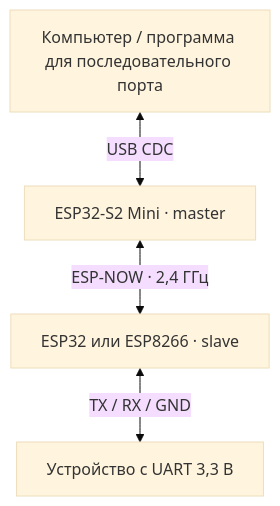
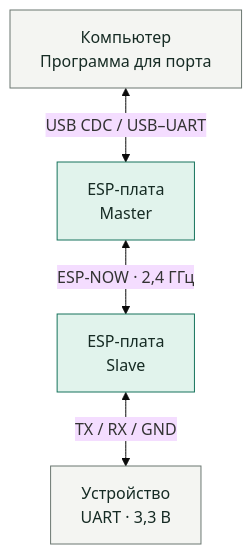
One commit to mzaprudin/AirWireCom changed the diagram in README.RU.md. Above: the diagram before and after it, drawn with Mermaid (base theme). The commit also changed other lines of this file and 7 other files, not shown here.

````diff
--- a/README.RU.md
+++ b/README.RU.md
@@ -7,10 +11,14 @@
 ```mermaid
 flowchart TD
-    PC["Компьютер / программа для последовательного порта"]
-    Master["ESP32-S2 Mini · master"]
-    Slave["ESP32 или ESP8266 · slave"]
-    Device["Устройство с UART 3,3 В"]
-    PC <-->|USB CDC| Master
+    PC["Компьютер<br/>Программа для порта"]
+    Master["ESP-плата<br/>Master"]
+    Slave["ESP-плата<br/>Slave"]
+    Device["Устройство<br/>UART · 3,3 В"]
+    PC <-->|USB CDC / USB–UART| Master
     Master <-->|ESP-NOW · 2,4 ГГц| Slave
     Slave <-->|TX / RX / GND| Device
+    classDef board fill:#e1f3ec,stroke:#16735c,color:#162b24
+    classDef endpoint fill:#f4f5f2,stroke:#6b7771,color:#162b24
+    class Master,Slave board
+    class PC,Device endpoint
 ```
````
